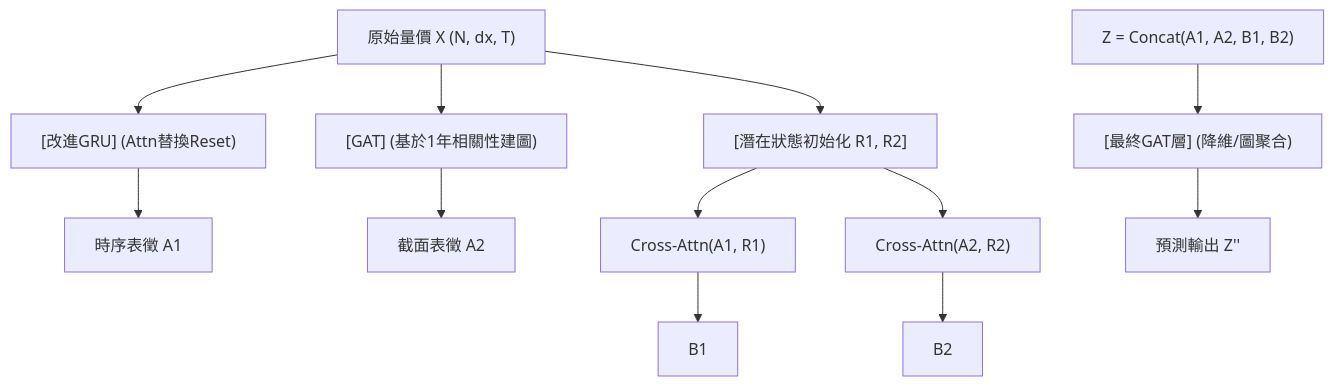
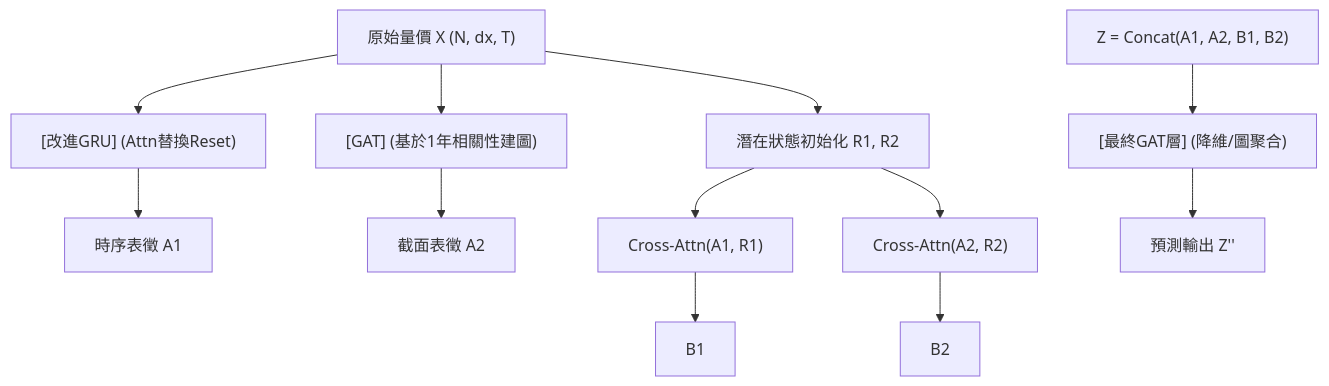
One commit to sou350121/Trading-Handbook changed the diagram in foundations/time-series-forecasting/mci-gru.md. Above: the diagram before and after it, drawn with Mermaid. The commit also changed 191 other files, not shown here.

First line of the commit message:
render: fix math + mermaid for GitHub across the corpus (188 pages)

````diff
--- a/foundations/time-series-forecasting/mci-gru.md
+++ b/foundations/time-series-forecasting/mci-gru.md
@@ -33,14 +33,14 @@
 ```mermaid
 flowchart TD
     N1["原始量價 X (N, dx, T)"] --> N2["[改進GRU] (Attn替換Reset)"]
     N2 --> N3["時序表徵 A1"]
     N1 --> N4["[GAT] (基於1年相關性建圖)"]
     N4 --> N5["截面表徵 A2"]
-    N1 --> N6["[潛在狀態初始化 R1, R2]"]
+    N1 --> N6["潛在狀態初始化 R1, R2"]
     N6 --> N7["Cross-Attn(A1, R1)"]
     N7 --> N8["B1"]
     N6 --> N9["Cross-Attn(A2, R2)"]
     N9 --> N10["B2"]
     N11["Z = Concat(A1, A2, B1, B2)"] --> N12["[最終GAT層] (降維/圖聚合)"]
     N12 --> N13["預測輸出 Z''"]
 ```
````
